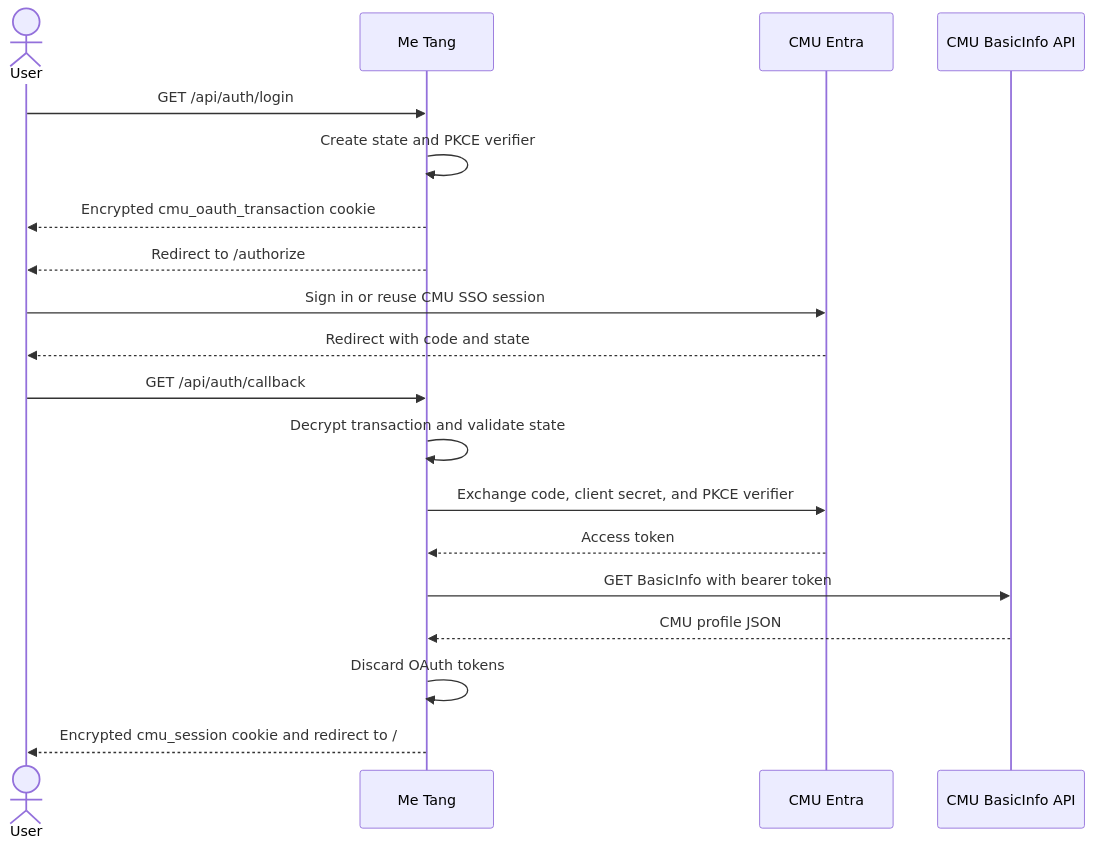
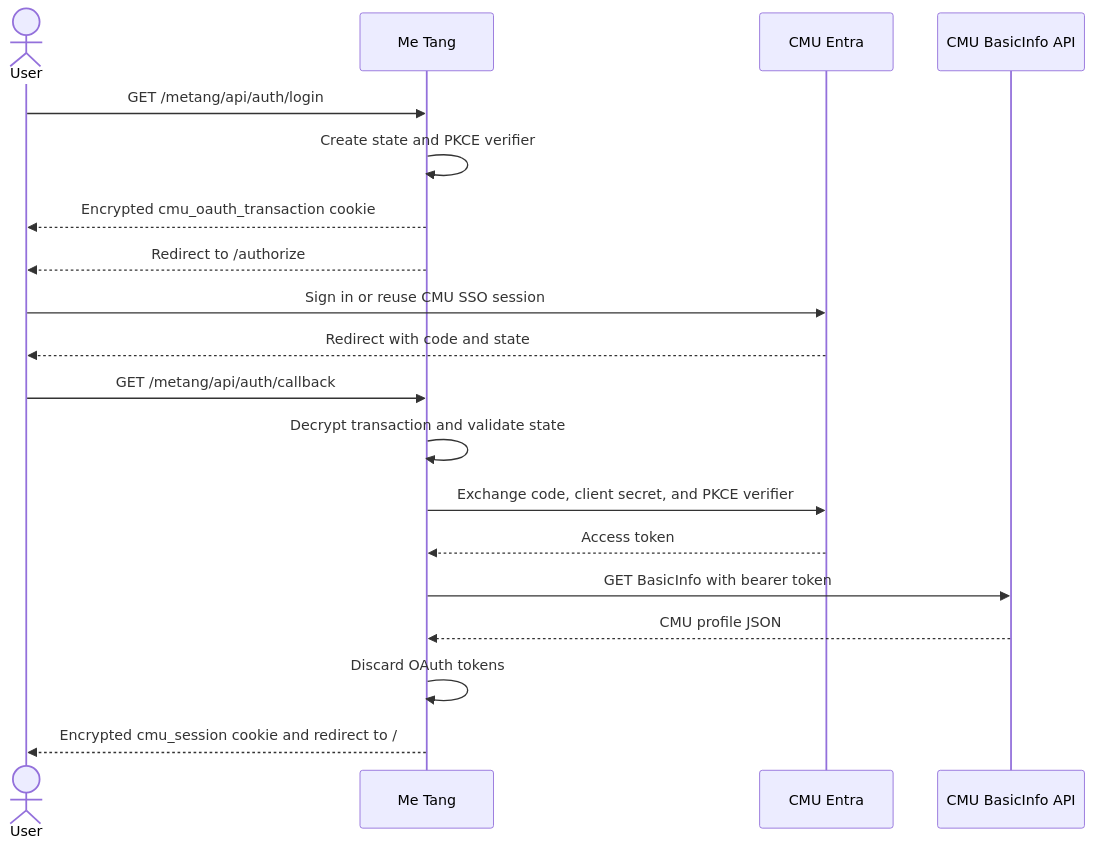
The diagram in docs/CMU-ENTRA-SSO.md (SE67-Metang-s-Project/metang), drawn with Mermaid before and after one commit. The commit also changed other lines of this file and 2 other files, not shown here.

First line of the commit message:
docs: serve paths under the /metang base path

````diff
--- a/docs/CMU-ENTRA-SSO.md
+++ b/docs/CMU-ENTRA-SSO.md
@@ -40,22 +40,22 @@
 ```mermaid
 sequenceDiagram
   actor User
   participant App as Me Tang
   participant Entra as CMU Entra
   participant API as CMU BasicInfo API
 
-  User->>App: GET /api/auth/login
+  User->>App: GET /metang/api/auth/login
   App->>App: Create state and PKCE verifier
   App-->>User: Encrypted cmu_oauth_transaction cookie
   App-->>User: Redirect to /authorize
   User->>Entra: Sign in or reuse CMU SSO session
   Entra-->>User: Redirect with code and state
-  User->>App: GET /api/auth/callback
+  User->>App: GET /metang/api/auth/callback
   App->>App: Decrypt transaction and validate state
   App->>Entra: Exchange code, client secret, and PKCE verifier
   Entra-->>App: Access token
   App->>API: GET BasicInfo with bearer token
   API-->>App: CMU profile JSON
   App->>App: Discard OAuth tokens
   App-->>User: Encrypted cmu_session cookie and redirect to /
 ```
````
